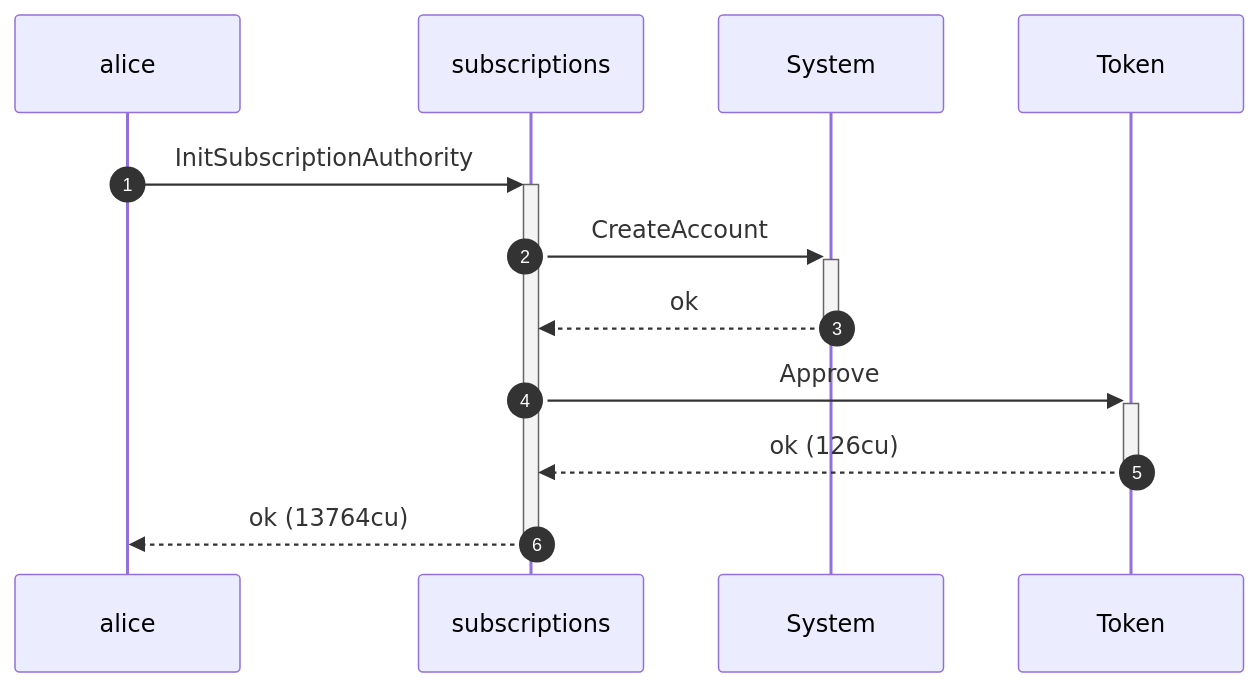
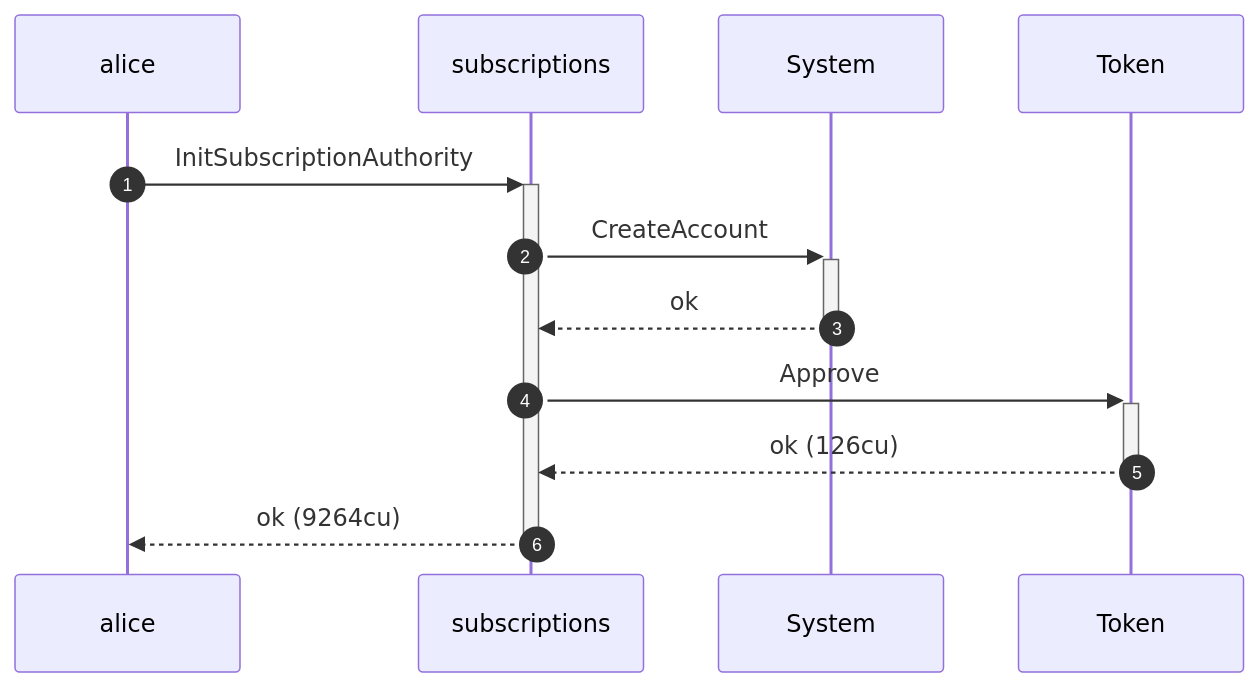
One commit to cds-rs/subscriptions changed the second of 4 diagrams in dsl_tests/initialize-with-a-sponsor.md. Above: the diagram before and after it, drawn with Mermaid. The commit also changed other lines of this file and 224 other files, not shown here.

````diff
--- a/dsl_tests/initialize-with-a-sponsor.md
+++ b/dsl_tests/initialize-with-a-sponsor.md
@@ -39,14 +40,14 @@
 ```mermaid
 sequenceDiagram
     autonumber
     participant alice
     participant subscriptions
     participant System
     participant Token
     alice ->>+ subscriptions: InitSubscriptionAuthority
     subscriptions ->>+ System: CreateAccount
     System -->>- subscriptions: ok
     subscriptions ->>+ Token: Approve
     Token -->>- subscriptions: ok (126cu)
-    subscriptions -->>- alice: ok (13764cu)
+    subscriptions -->>- alice: ok (9264cu)
 ```
````
